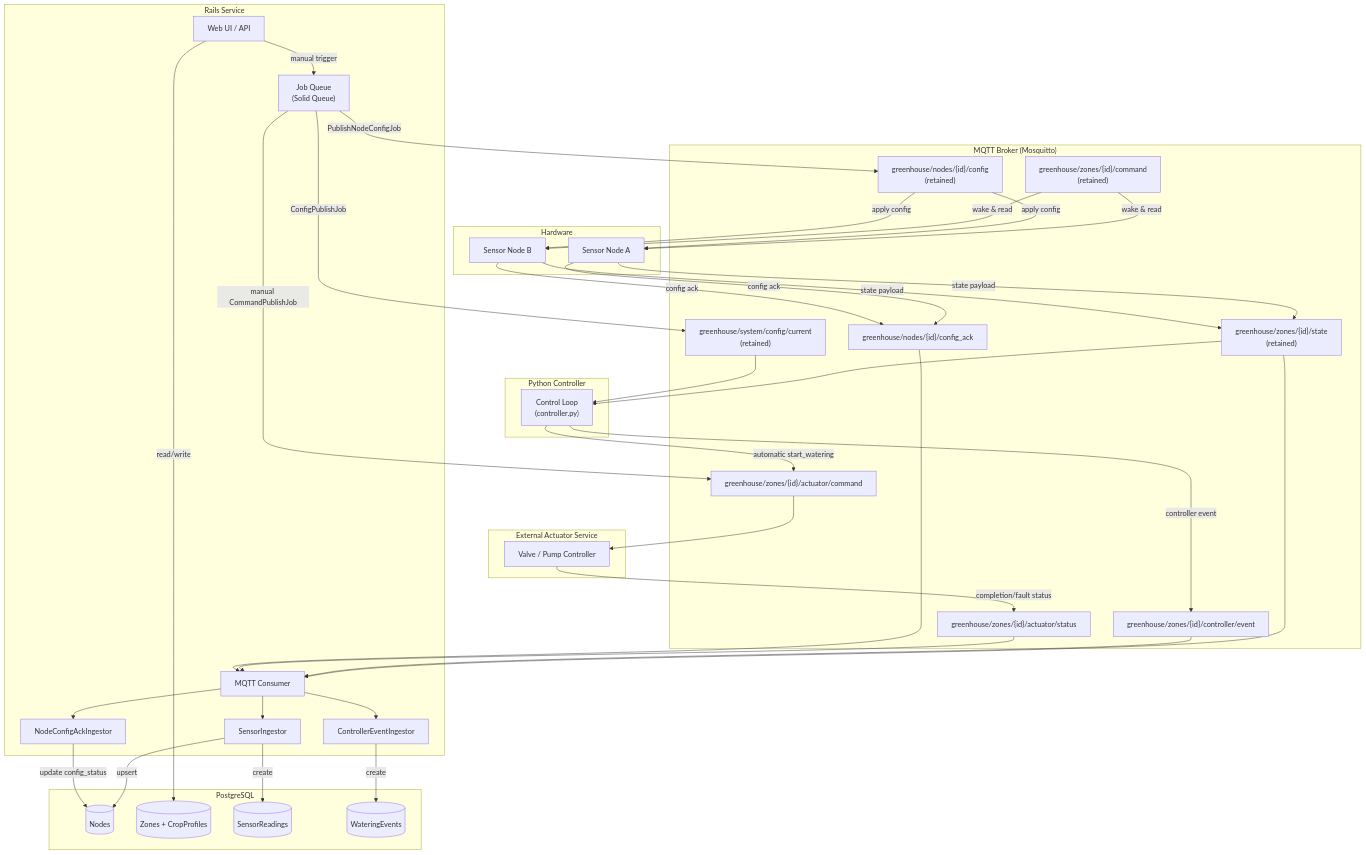
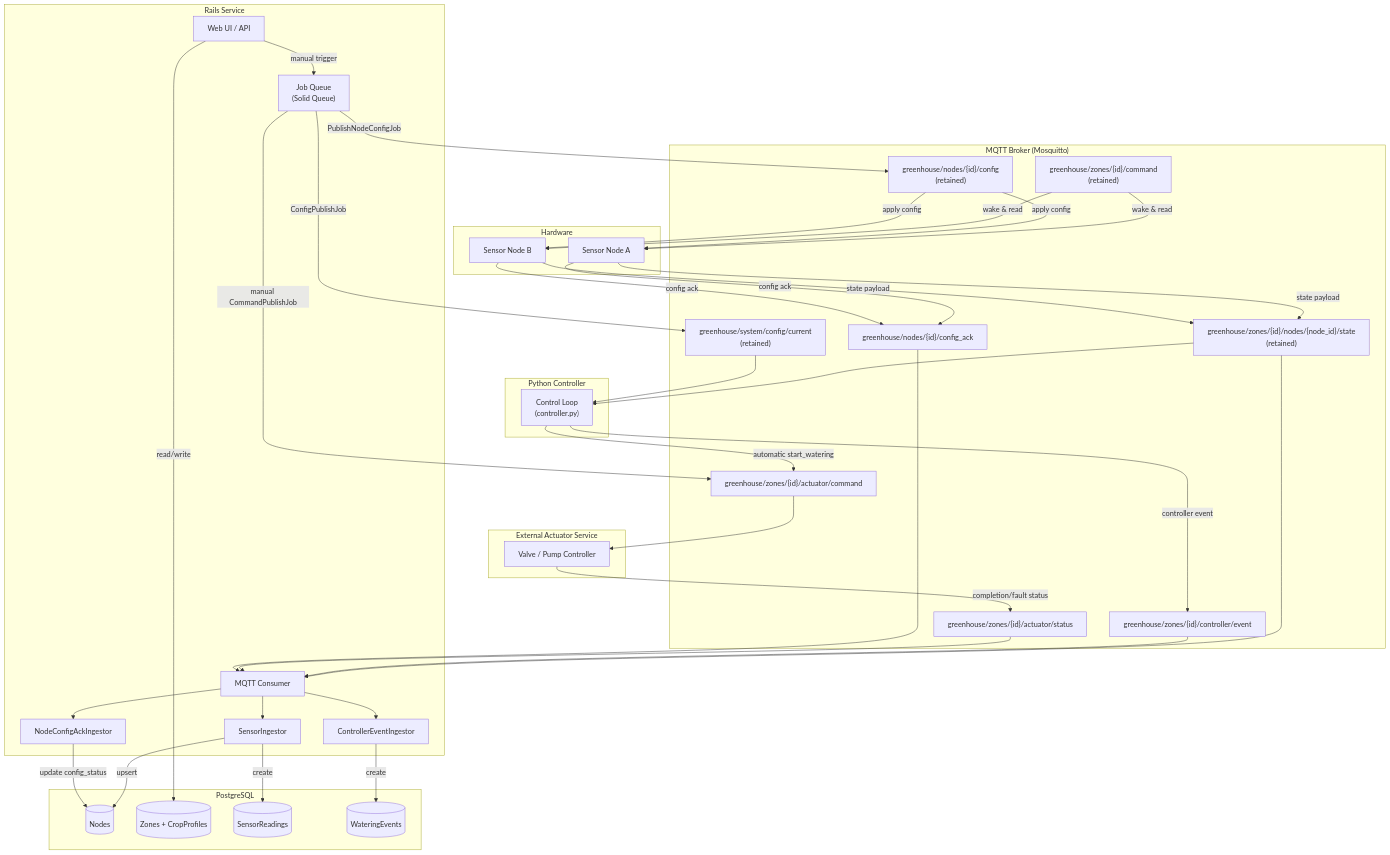
Before and after one commit to noelbond/victory_garden: the diagram in docs/diagrams/03-dataflow.mmd, drawn with Mermaid. The commit also changed 102 other files, not shown here.

```diff
--- a/docs/diagrams/03-dataflow.mmd
+++ b/docs/diagrams/03-dataflow.mmd
@@ -1,80 +1,80 @@
 flowchart TD
     subgraph HW["Hardware"]
         N1["Sensor Node A"]
         N2["Sensor Node B"]
     end
 
     subgraph BROKER["MQTT Broker (Mosquitto)"]
-        T_STATE["greenhouse/zones/{id}/state\n(retained)"]
+        T_STATE["greenhouse/zones/{id}/nodes/{node_id}/state\n(retained)"]
         T_CMD["greenhouse/zones/{id}/command\n(retained)"]
         T_ACT_STATUS["greenhouse/zones/{id}/actuator/status"]
         T_ACT_CMD["greenhouse/zones/{id}/actuator/command"]
         T_CTRL["greenhouse/zones/{id}/controller/event"]
         T_SYS_CFG["greenhouse/system/config/current\n(retained)"]
         T_CFG["greenhouse/nodes/{id}/config\n(retained)"]
         T_ACK["greenhouse/nodes/{id}/config_ack"]
     end
 
     subgraph ACTUATOR["External Actuator Service"]
         ACT["Valve / Pump Controller"]
     end
 
     subgraph RAILS["Rails Service"]
         CONSUMER["MQTT Consumer"]
         INGESTOR["SensorIngestor"]
         CTRL_INGEST["ControllerEventIngestor"]
         CFG_ACK["NodeConfigAckIngestor"]
         JOBS["Job Queue\n(Solid Queue)"]
         WEB["Web UI / API"]
     end
 
     subgraph DB["PostgreSQL"]
         DB_NODES[("Nodes")]
         DB_ZONES[("Zones + CropProfiles")]
         DB_READINGS[("SensorReadings")]
         DB_EVENTS[("WateringEvents")]
     end
 
     subgraph PYTHON["Python Controller"]
         CTRL["Control Loop\n(controller.py)"]
     end
 
     %% Sensor → state topic
     N1 -->|"state payload"| T_STATE
     N2 -->|"state payload"| T_STATE
 
     %% Rails consumes state
     T_STATE --> CONSUMER
     CONSUMER --> INGESTOR
     INGESTOR -->|"upsert"| DB_NODES
     INGESTOR -->|"create"| DB_READINGS
 
     %% Python consumes state + policy
     T_STATE --> CTRL
     T_SYS_CFG --> CTRL
     CTRL -->|"automatic start_watering"| T_ACT_CMD
     CTRL -->|"controller event"| T_CTRL
     T_CTRL --> CONSUMER
     CONSUMER --> CTRL_INGEST
     CTRL_INGEST -->|"create"| DB_EVENTS
     T_CMD -->|"wake & read"| N1
     T_CMD -->|"wake & read"| N2
 
     %% Actuator + config publishing
     JOBS -->|"manual CommandPublishJob"| T_ACT_CMD
     T_ACT_CMD --> ACT
     ACT -->|"completion/fault status"| T_ACT_STATUS
     T_ACT_STATUS --> CONSUMER
     JOBS -->|"ConfigPublishJob"| T_SYS_CFG
     JOBS -->|"PublishNodeConfigJob"| T_CFG
     T_CFG -->|"apply config"| N1
     T_CFG -->|"apply config"| N2
     N1 -->|"config ack"| T_ACK
     N2 -->|"config ack"| T_ACK
     T_ACK --> CONSUMER
     CONSUMER --> CFG_ACK
     CFG_ACK -->|"update config_status"| DB_NODES
 
     %% Web UI
     WEB -->|"read/write"| DB_ZONES
     WEB -->|"manual trigger"| JOBS
```
